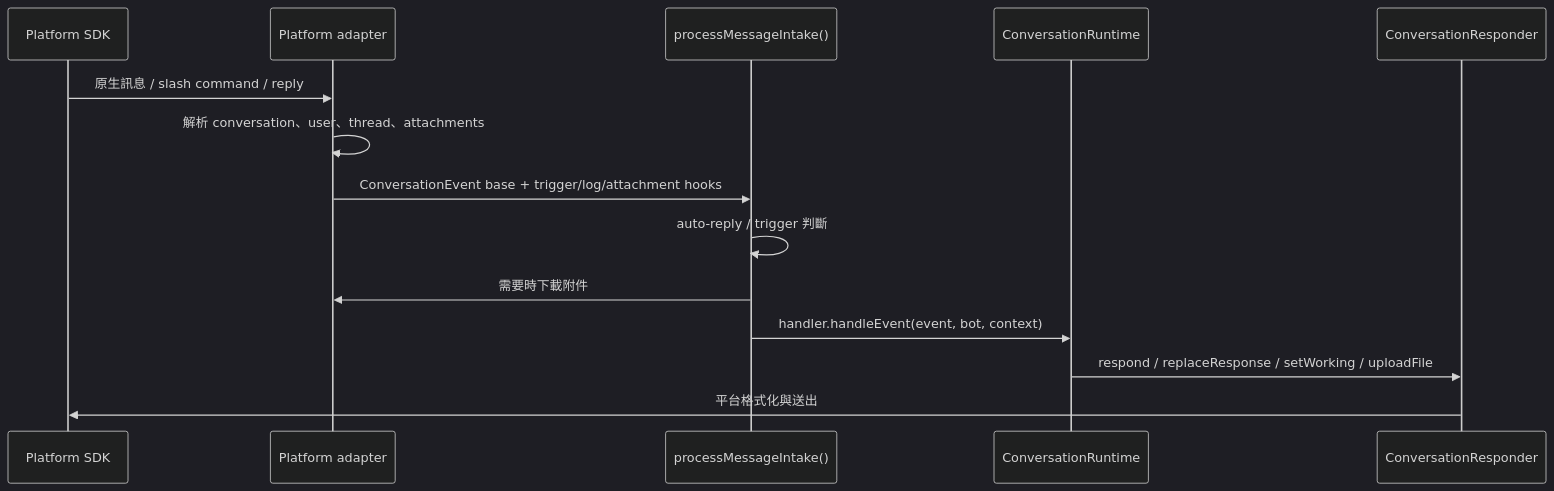
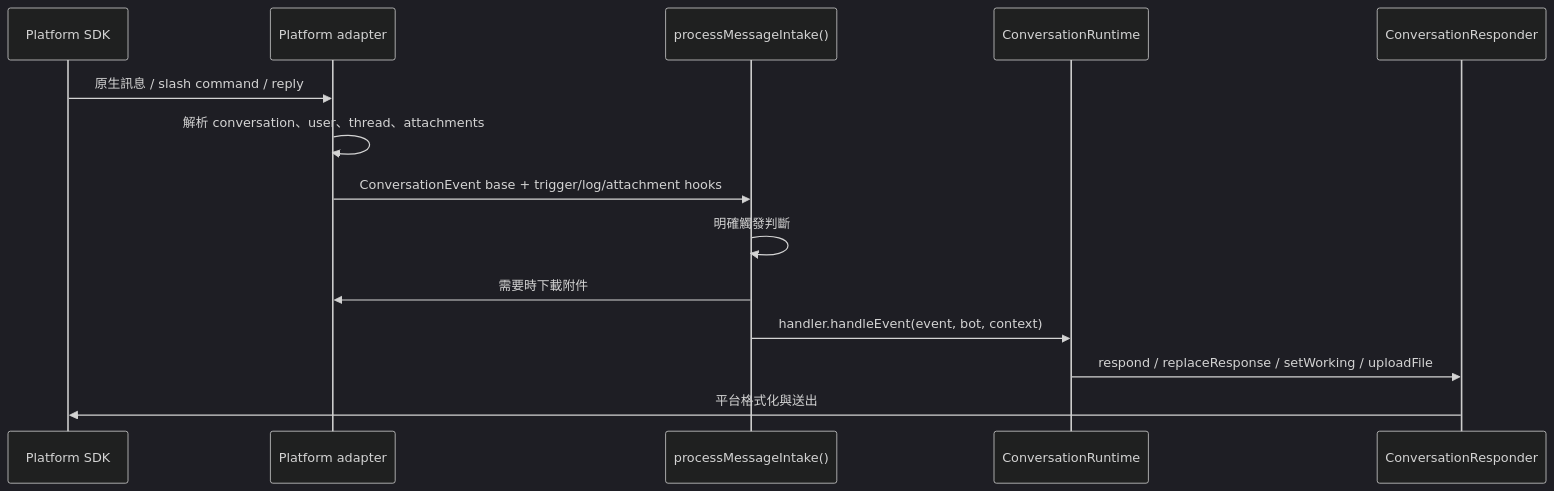
One commit to geminixiang/mikan changed the diagram in src/content/docs/zh-tw/platform-adapters.mdx. Above: the diagram before and after it, drawn with Mermaid (dark theme). The commit also changed other lines of this file and 92 other files, not shown here.

First line of the commit message:
refactor: consolidate harness modules and retire auto-reply

````diff
--- a/src/content/docs/zh-tw/platform-adapters.mdx
+++ b/src/content/docs/zh-tw/platform-adapters.mdx
@@ -46,17 +46,17 @@
 ```mermaid
 sequenceDiagram
   participant P as Platform SDK
   participant A as Platform adapter
   participant I as processMessageIntake()
   participant R as ConversationRuntime
   participant C as ConversationResponder
 
   P->>A: 原生訊息 / slash command / reply
   A->>A: 解析 conversation、user、thread、attachments
   A->>I: ConversationEvent base + trigger/log/attachment hooks
-  I->>I: auto-reply / trigger 判斷
+  I->>I: 明確觸發判斷
   I->>A: 需要時下載附件
   I->>R: handler.handleEvent(event, bot, context)
   R->>C: respond / replaceResponse / setWorking / uploadFile
   C->>P: 平台格式化與送出
 ```
````
